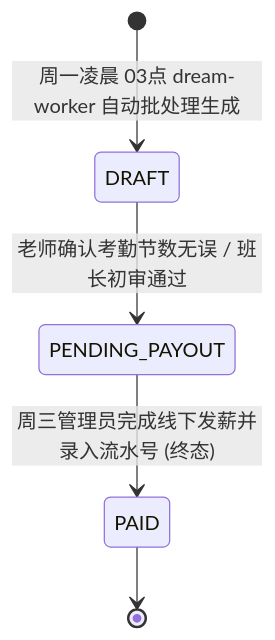
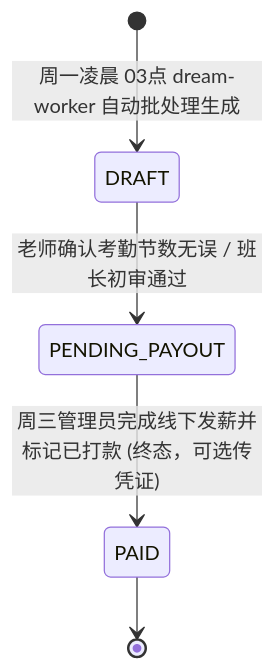
One commit to Onezao/dream changed the first of 4 diagrams in docs/prd/m5b_weekly_settlement.md. Above: the diagram before and after it, drawn with Mermaid. The commit also changed other lines of this file and 31 other files, not shown here.

Commit message:
docs(prd,prototype): unify price tier terminology, align M0 reuse rules, and refine M3A/M3D scheduling flows

````diff
--- a/docs/prd/m5b_weekly_settlement.md
+++ b/docs/prd/m5b_weekly_settlement.md
@@ -114,7 +115,7 @@
 ```mermaid
 stateDiagram-v2
     [*] --> DRAFT: 周一凌晨 03点 dream-worker 自动批处理生成
     DRAFT --> PENDING_PAYOUT: 老师确认考勤节数无误 / 班长初审通过
-    PENDING_PAYOUT --> PAID: 周三管理员完成线下发薪并录入流水号 (终态)
+    PENDING_PAYOUT --> PAID: 周三管理员完成线下发薪并标记已打款 (终态，可选传凭证)
     PAID --> [*]
 ```
````
